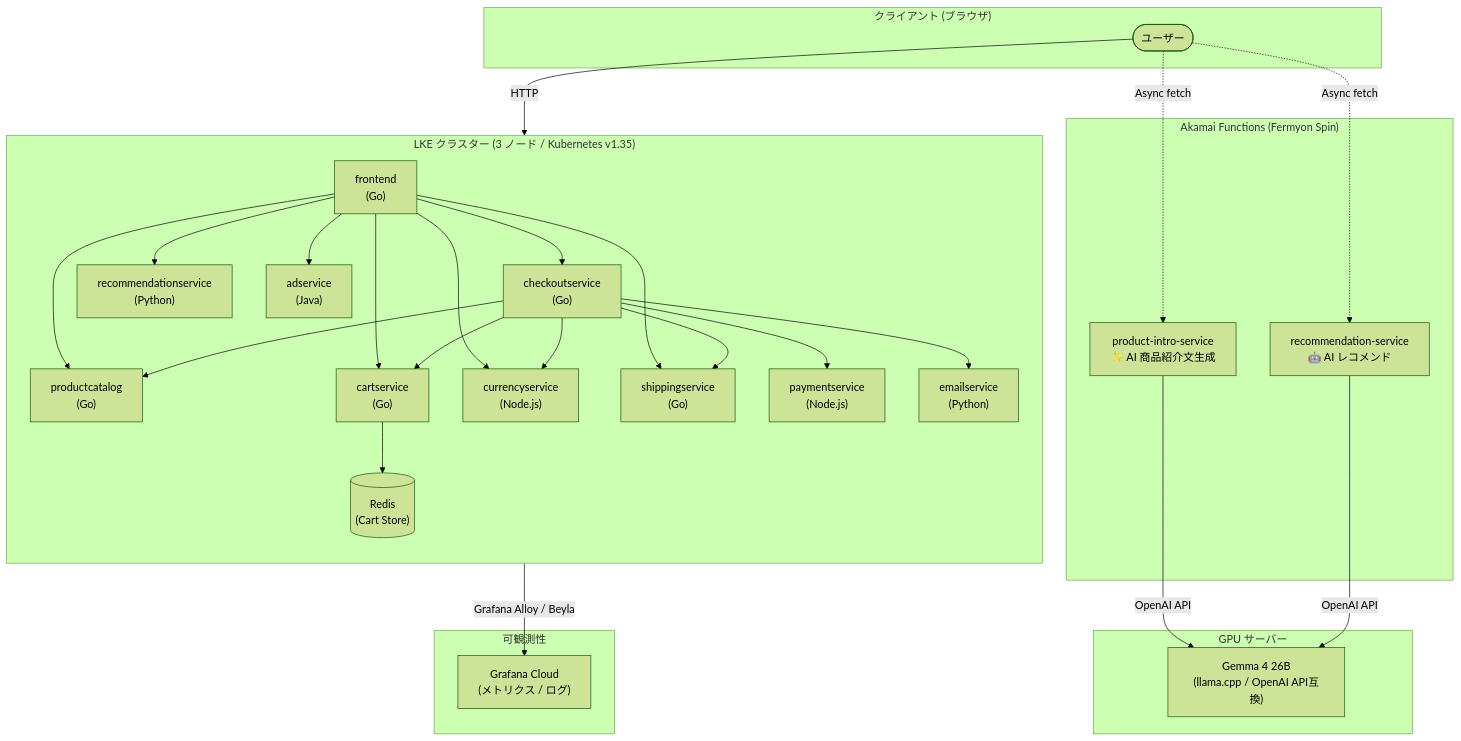
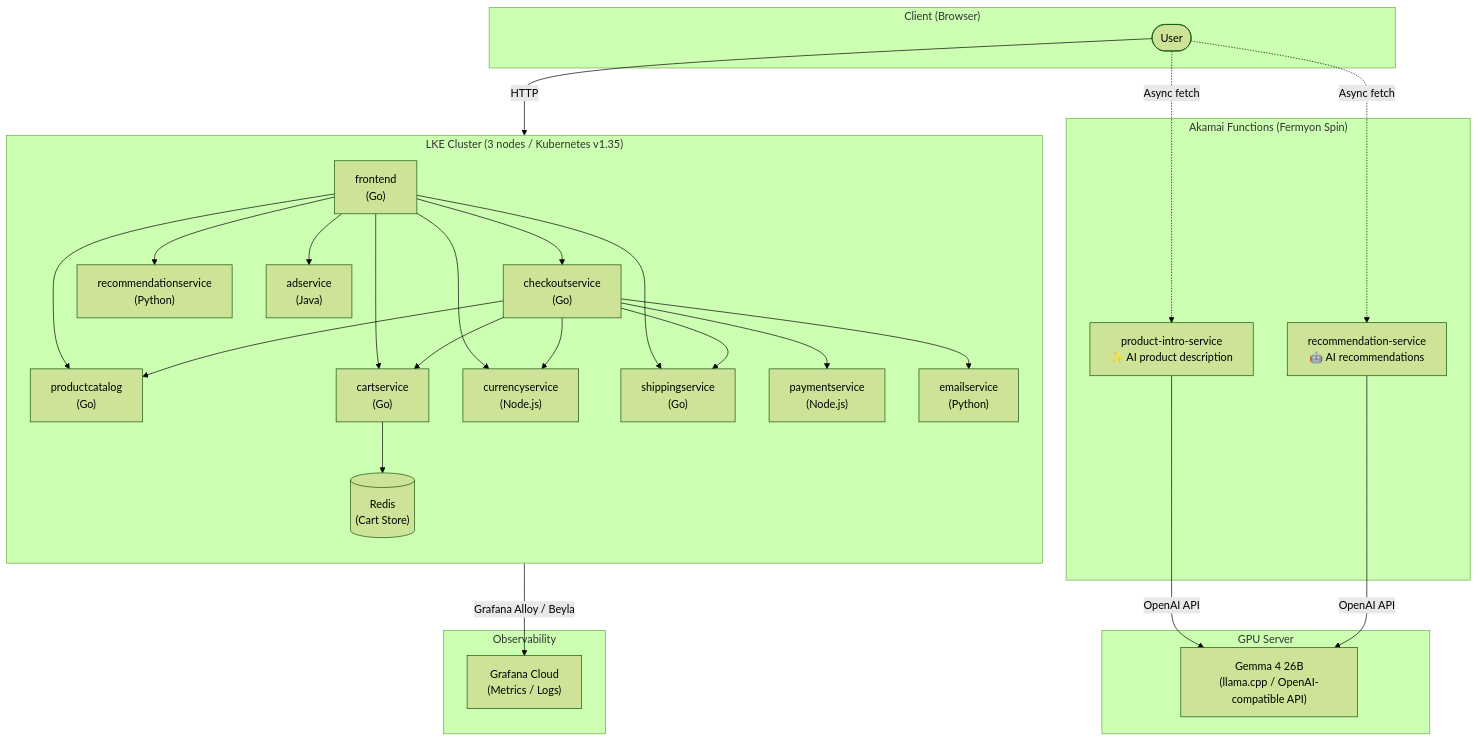
The diagram in README.md (ymori-aka/akamai-microservices-demo), drawn with Mermaid (forest theme) before and after one commit. The commit also changed other lines of this file and 1 other file, not shown here.

````diff
--- a/README.md
+++ b/README.md
@@ -40,44 +42,44 @@
 ```mermaid
 graph TB
-    subgraph Client["クライアント (ブラウザ)"]
-        USER([ユーザー])
+    subgraph Client["Client (Browser)"]
+        USER([User])
     end
 
     subgraph AkamaiEdge["Akamai Functions (Fermyon Spin)"]
-        INTRO["product-intro-service\n✨ AI 商品紹介文生成"]
-        REC["recommendation-service\n🤖 AI レコメンド"]
+        INTRO["product-intro-service\n✨ AI product description"]
+        REC["recommendation-service\n🤖 AI recommendations"]
     end
 
-    subgraph LKE["LKE クラスター (3 ノード / Kubernetes v1.35)"]
+    subgraph LKE["LKE Cluster (3 nodes / Kubernetes v1.35)"]
         direction TB
         FE["frontend\n(Go)"]
         PC["productcatalog\n(Go)"]
         CART["cartservice\n(Go)"]
         CHK["checkoutservice\n(Go)"]
         CUR["currencyservice\n(Node.js)"]
         REC2["recommendationservice\n(Python)"]
         SHIP["shippingservice\n(Go)"]
         PAY["paymentservice\n(Node.js)"]
         EMAIL["emailservice\n(Python)"]
         AD["adservice\n(Java)"]
         REDIS[("Redis\n(Cart Store)")]
     end
 
-    subgraph GPU["GPU サーバー"]
-        GEMMA["Gemma 4 26B\n(llama.cpp / OpenAI API互換)"]
+    subgraph GPU["GPU Server"]
+        GEMMA["Gemma 4 26B\n(llama.cpp / OpenAI-compatible API)"]
     end
 
-    subgraph Observability["可観測性"]
-        GRAFANA["Grafana Cloud\n(メトリクス / ログ)"]
+    subgraph Observability["Observability"]
+        GRAFANA["Grafana Cloud\n(Metrics / Logs)"]
     end
 
     USER -->|HTTP| FE
     USER -.->|Async fetch| INTRO
     USER -.->|Async fetch| REC
     INTRO -->|OpenAI API| GEMMA
     REC -->|OpenAI API| GEMMA
     FE --> PC & CART & CHK & CUR & REC2 & SHIP & AD
     CHK --> PAY & EMAIL & SHIP & CART & CUR & PC
     CART --> REDIS
     LKE -->|Grafana Alloy / Beyla| GRAFANA
 ```
````
